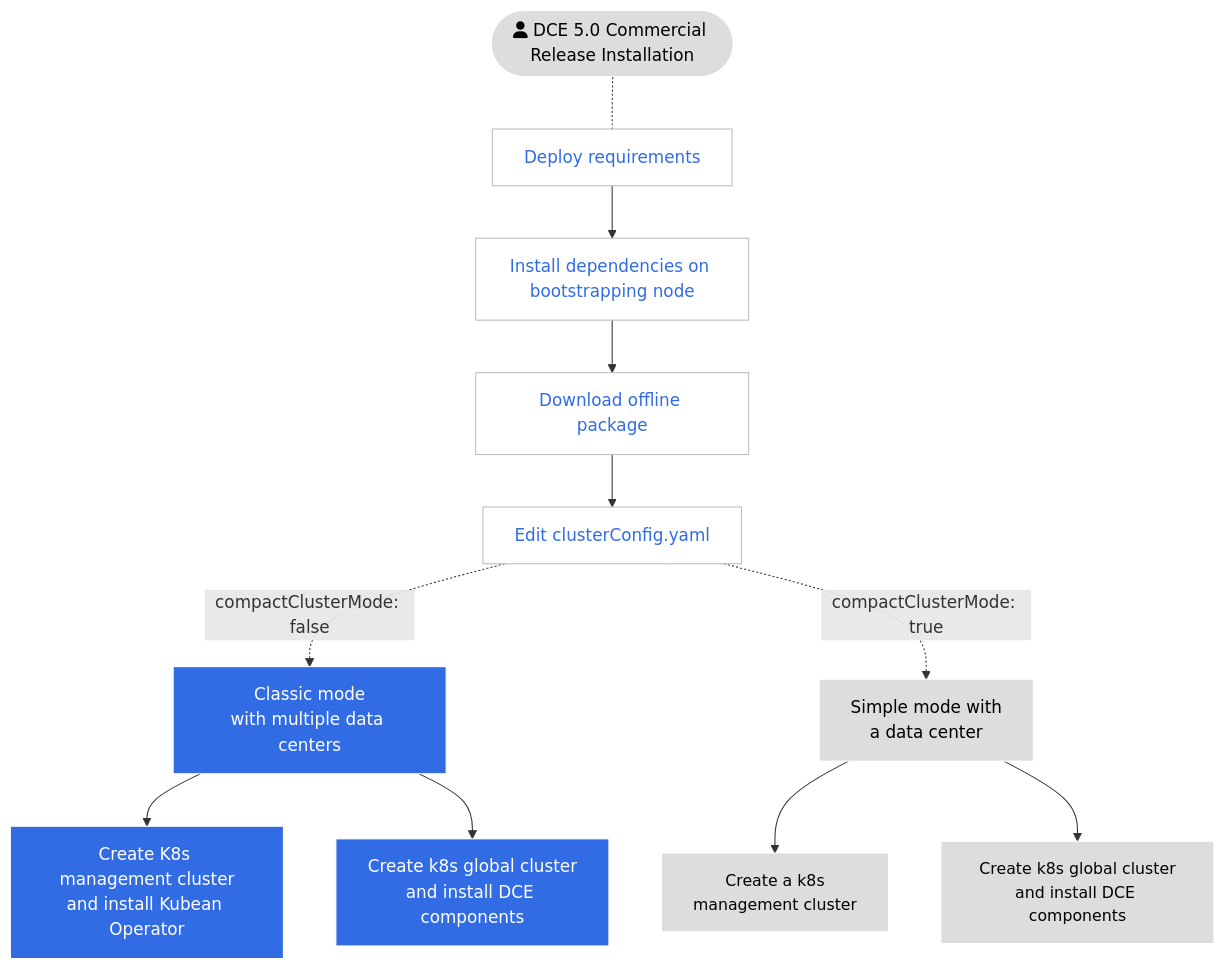
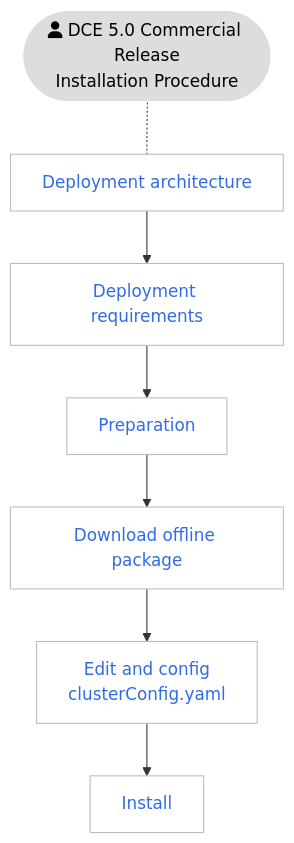
One commit to DaoCloud/DaoCloud-docs changed the second of 2 diagrams in docs/en/docs/install/intro.md. Above: the diagram before and after it, drawn with Mermaid. The commit also changed 5 other files, not shown here.

````diff
--- a/docs/en/docs/install/intro.md
+++ b/docs/en/docs/install/intro.md
@@ -72,34 +72,27 @@
 ```mermaid
 flowchart TB
 
-    start([fa:fa-user DCE 5.0 Commercial Release Installation]) -.- deploy[Deploy requirements]
-    deploy --> tools[Install dependencies on bootstrapping node]
-    tools --> download[Download offline package]
-    download --> config[Edit clusterConfig.yaml]
-
-    config -.compactClusterMode: false.-> typical[Classic mode<br>with multiple data centers]
-    typical --> mng2[Create K8s management cluster<br>and install Kubean Operator]
-    typical --> gsc2[Create k8s global cluster<br>and install DCE components]
-
-    config -.compactClusterMode: true.-> simple[Simple mode with<br>a data center]
-    simple --> k8s1[Create a k8s<br>management cluster]
-    simple --> gsc1[Create k8s global cluster<br>and install DCE components]
+    start([fa:fa-user DCE 5.0 Commercial Release<br>Installation Procedure]) -.- arch[Deployment architecture]
+    arch --> deploy[Deployment requirements]
+    deploy --> prepare[Preparation]
+    prepare --> download[Download offline package]
+    download --> config[Edit and config<br>clusterConfig.yaml]
+    config --> install[Install]
 
 classDef grey fill:#dddddd,stroke:#ffffff,stroke-width:1px,color:#000000, font-size:15px;
 classDef white fill:#ffffff,stroke:#000,stroke-width:1px,color:#000,font-weight:bold
 classDef spacewhite fill:#ffffff,stroke:#fff,stroke-width:0px,color:#000
 classDef plain fill:#ddd,stroke:#fff,stroke-width:1px,color:#000;
 classDef k8s fill:#326ce5,stroke:#fff,stroke-width:1px,color:#fff;
 classDef cluster fill:#fff,stroke:#bbb,stroke-width:1px,color:#326ce5;
 
-class deploy,tools,download,config cluster
-class typical,k8s,mng2,gsc2,k8s2 k8s
-class simple,start plain
-class gsc1,k8s1 grey
+class arch,deploy,prepare,download,config,install cluster
+class start plain
 
-click deploy "https://docs.daocloud.io/install/commercial/deploy-requirements/"
-click tools "https://docs.daocloud.io/install/install-tools/"
-click download "https://docs.daocloud.io/install/commercial/download-file/"
-click config "https://docs.daocloud.io/install/commercial/clusterconfig/"
-click typical,simple "https://docs.daocloud.io/install/commercial/start-install/"
+click arch "https://docs.daocloud.io/en/install/commercial/deploy-arch/"
+click deploy "https://docs.daocloud.io/en/install/commercial/deploy-requirements/"
+click prepare "https://docs.daocloud.io/en/install/commercial/prepare/"
+click download "https://docs.daocloud.io/en/install/commercial/start-install/#step-1-download-offline-package"
+click config "https://docs.daocloud.io/en/install/commercial/start-install/#step-2-configure-the-cluster-configuration-file"
+click install "https://docs.daocloud.io/en/install/commercial/start-install/#step-3-start-the-installation"
 ```
````
